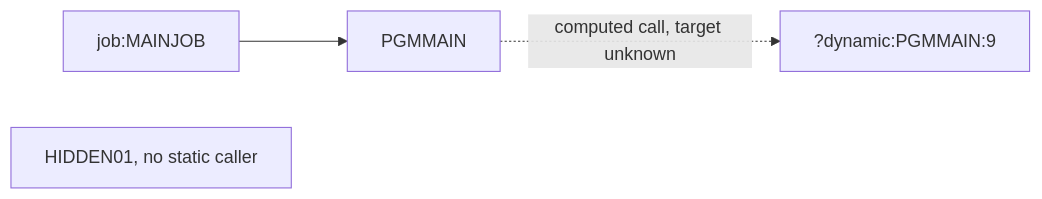
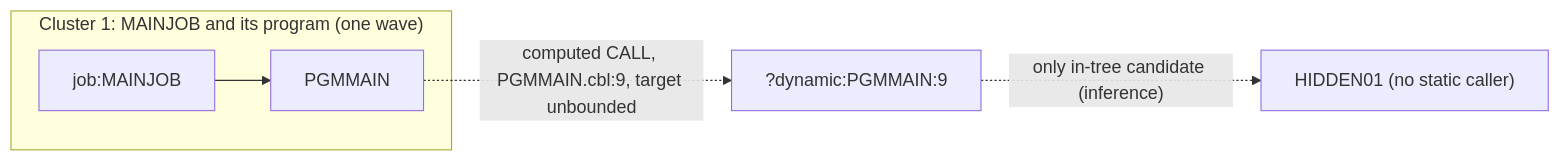
Before and after one commit to Sparq-Holding-Inc/claude-legacy-modernization: the diagram in evals/runs/13-dynamic-only-reachable/modernization-assessment/02-coupling.md, drawn with Mermaid. The commit also changed other lines of this file and 217 other files, not shown here.

````diff
--- a/evals/runs/13-dynamic-only-reachable/modernization-assessment/02-coupling.md
+++ b/evals/runs/13-dynamic-only-reachable/modernization-assessment/02-coupling.md
@@ -41,6 +59,8 @@
 ```mermaid
 graph LR
-  J[job:MAINJOB] --> P[PGMMAIN]
-  P -.->|computed call, target unknown| U[?dynamic:PGMMAIN:9]
-  H[HIDDEN01, no static caller]
+  subgraph C1["Cluster 1: MAINJOB and its program (one wave)"]
+    J["job:MAINJOB"] --> P["PGMMAIN"]
+  end
+  P -. "computed CALL, PGMMAIN.cbl:9, target unbounded" .-> U["?dynamic:PGMMAIN:9"]
+  U -. "only in-tree candidate (inference)" .-> H["HIDDEN01 (no static caller)"]
 ```
````
